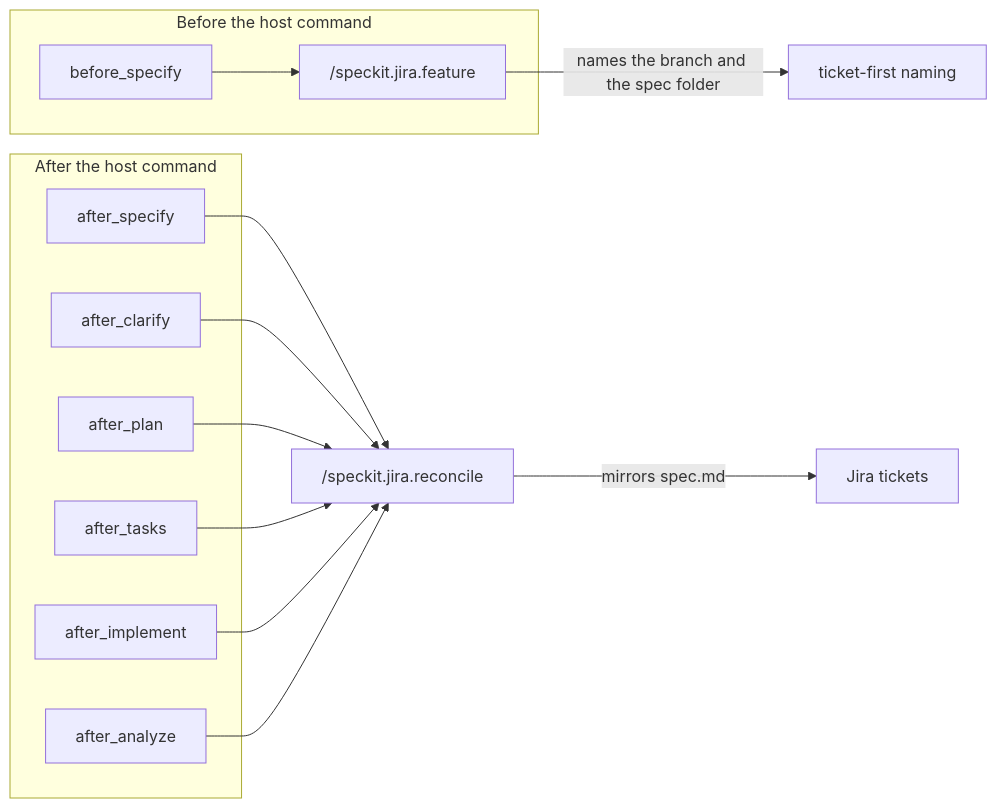
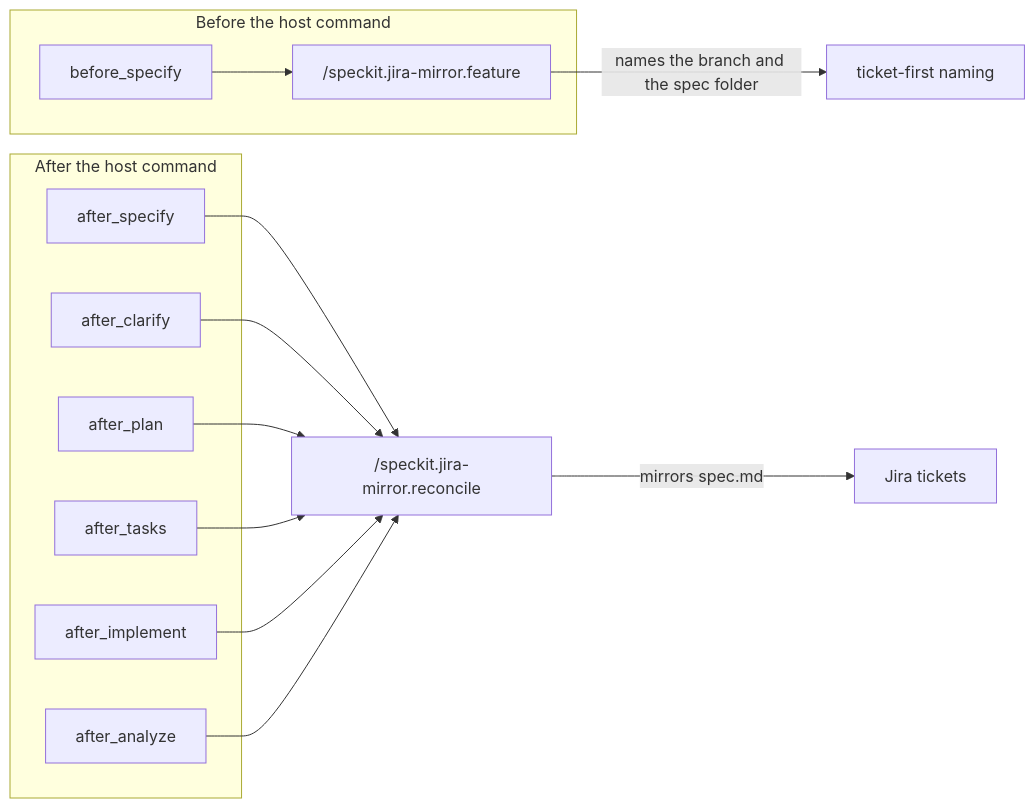
Before and after one commit to Fyloss/spec-kit-jira: the first of 5 diagrams in docs/03-lifecycle-hooks.md, drawn with Mermaid. The commit also changed other lines of this file and 104 other files, not shown here.

First line of the commit message:
feat!: rename the extension id, commands, and repository to jira-mirror (#57)

````diff
--- a/docs/03-lifecycle-hooks.md
+++ b/docs/03-lifecycle-hooks.md
@@ -14,25 +14,25 @@
 ```mermaid
 flowchart LR
     subgraph Before["Before the host command"]
-        BS["before_specify"] --> F["/speckit.jira.feature"]
+        BS["before_specify"] --> F["/speckit.jira-mirror.feature"]
     end
 
     subgraph After["After the host command"]
         A1["after_specify"]
         A2["after_clarify"]
         A3["after_plan"]
         A4["after_tasks"]
         A5["after_implement"]
         A6["after_analyze"]
     end
 
-    A1 --> R["/speckit.jira.reconcile"]
+    A1 --> R["/speckit.jira-mirror.reconcile"]
     A2 --> R
     A3 --> R
     A4 --> R
     A5 --> R
     A6 --> R
 
     F -->|"names the branch and the spec folder"| Out1["ticket-first naming"]
     R -->|"mirrors spec.md"| Out2["Jira tickets"]
 ```
````
